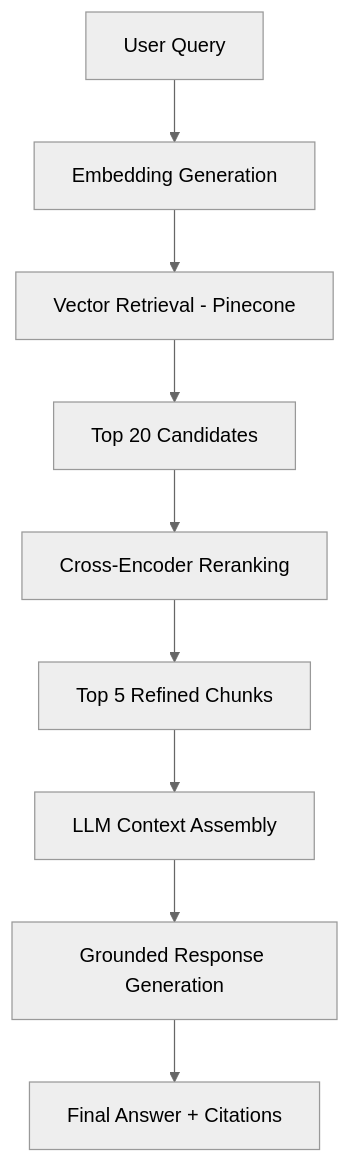
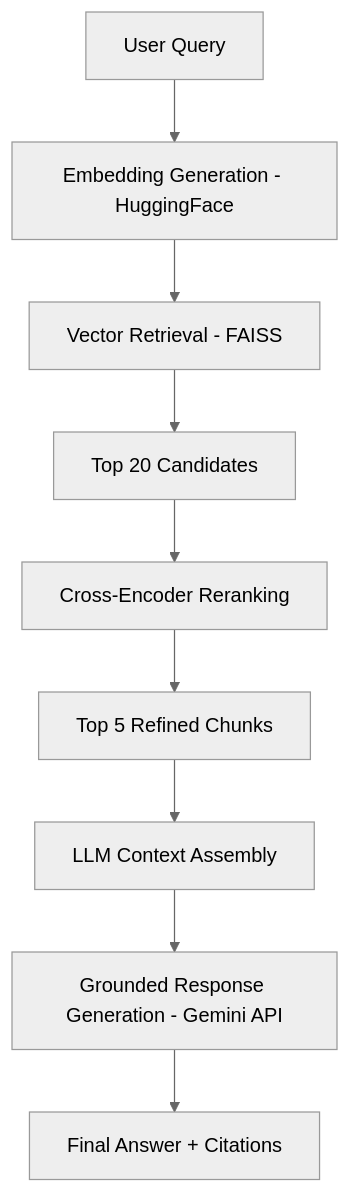
One commit to whitebeard10/RAG-Knowledge-Assistant changed the diagram in README.md. Above: the diagram before and after it, drawn with Mermaid (neutral theme). The commit also changed other lines of this file, not shown here.

Commit message:
docs: update README to reflect local FAISS and Gemini architecture

````diff
--- a/README.md
+++ b/README.md
@@ -11,11 +11,11 @@
 ```mermaid
 graph TD
-    A[User Query] --> B[Embedding Generation]
-    B --> C[Vector Retrieval - Pinecone]
+    A[User Query] --> B[Embedding Generation - HuggingFace]
+    B --> C[Vector Retrieval - FAISS]
     C --> D[Top 20 Candidates]
     D --> E[Cross-Encoder Reranking]
     E --> F[Top 5 Refined Chunks]
     F --> G[LLM Context Assembly]
-    G --> H[Grounded Response Generation]
+    G --> H[Grounded Response Generation - Gemini API]
     H --> I[Final Answer + Citations]
 ```
````
